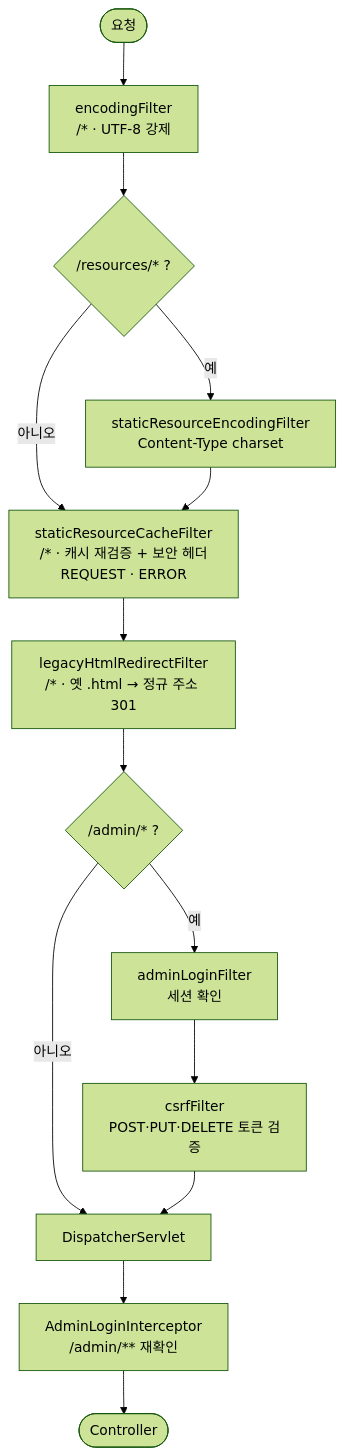
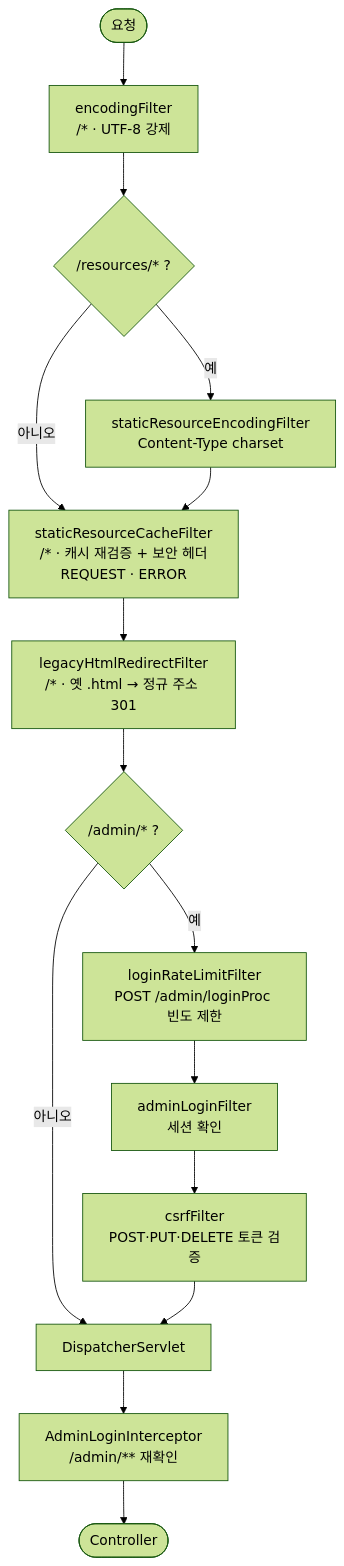
Before and after one commit to sooindev/YETI-125: the fourth of 9 diagrams in README.md, drawn with Mermaid (forest theme). The commit also changed other lines of this file and 12 other files, not shown here.

````diff
--- a/README.md
+++ b/README.md
@@ -443,16 +443,17 @@
 ```mermaid
 flowchart TD
     R(["요청"]) --> E["encodingFilter\n/* · UTF-8 강제"]
     E --> Q1{"/resources/* ?"}
     Q1 -->|예| SE["staticResourceEncodingFilter\nContent-Type charset"]
     Q1 -->|아니오| SC
     SE --> SC["staticResourceCacheFilter\n/* · 캐시 재검증 + 보안 헤더\nREQUEST · ERROR"]
     SC --> LR["legacyHtmlRedirectFilter\n/* · 옛 .html → 정규 주소 301"]
     LR --> Q2{"/admin/* ?"}
     Q2 -->|아니오| DS
-    Q2 -->|예| AL["adminLoginFilter\n세션 확인"]
+    Q2 -->|예| RL["loginRateLimitFilter\nPOST /admin/loginProc 빈도 제한"]
+    RL --> AL["adminLoginFilter\n세션 확인"]
     AL --> CF["csrfFilter\nPOST·PUT·DELETE 토큰 검증"]
     CF --> DS["DispatcherServlet"]
     DS --> IC["AdminLoginInterceptor\n/admin/** 재확인"]
     IC --> CT(["Controller"])
 ```
````
